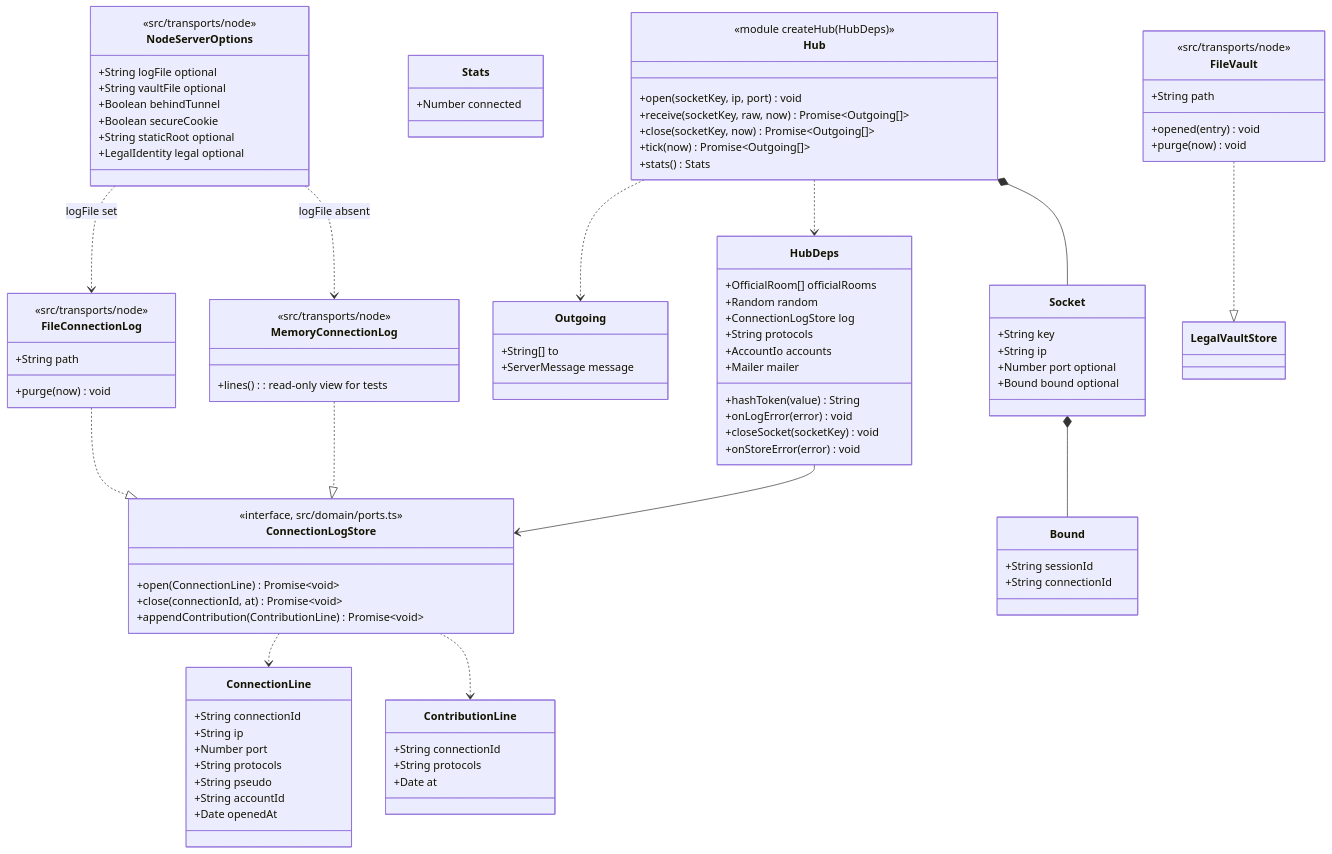
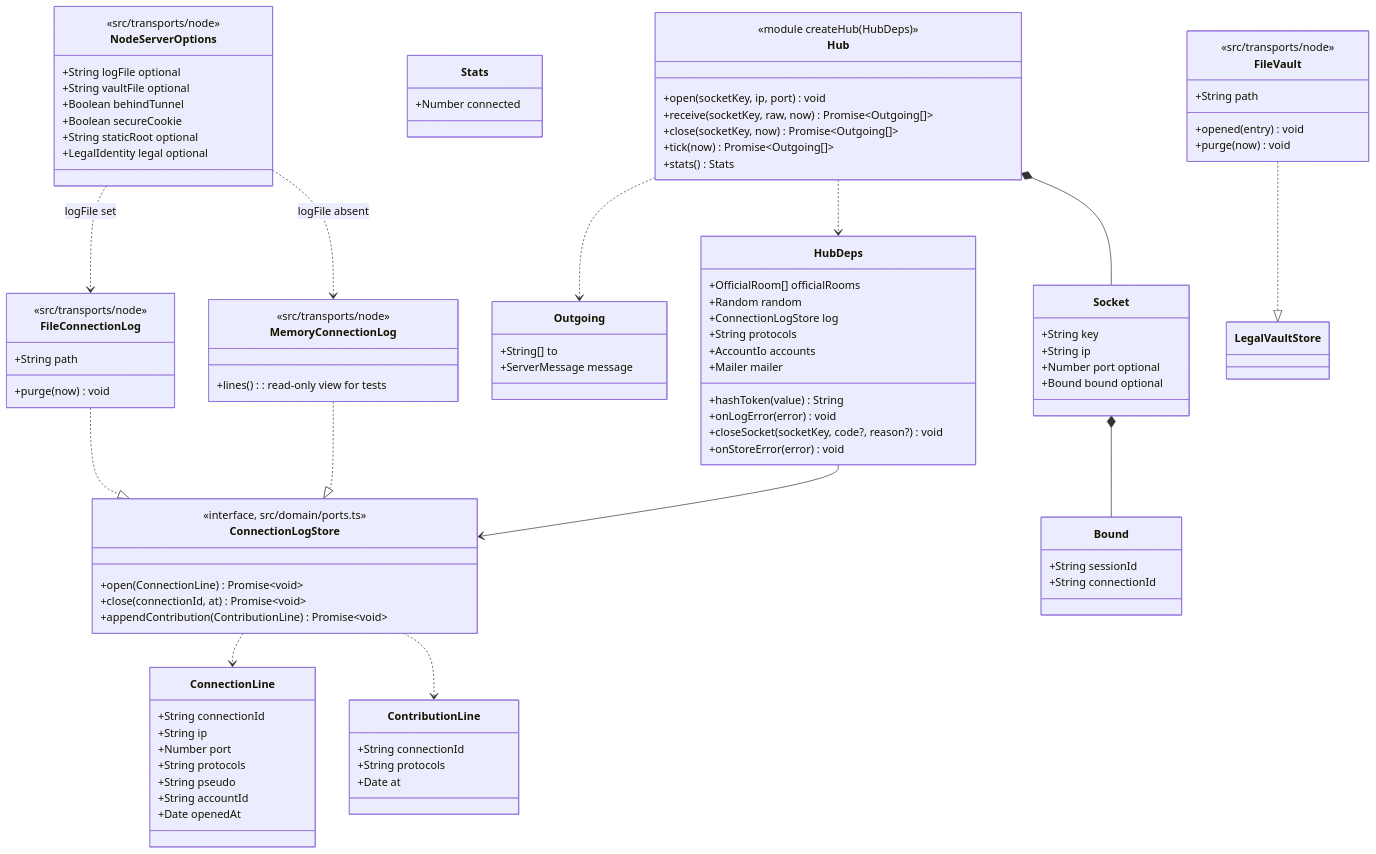
One commit to benoit-bremaud/asv changed the first of 2 diagrams in docs/architecture/diagrams/platform/04c-class-server-hub.md. Above: the diagram before and after it, drawn with Mermaid. The commit also changed other lines of this file and 4 other files, not shown here.

Commit message:
docs(transport): frame budget and invalid-frame close per socket (#89)

```diff
--- a/docs/architecture/diagrams/platform/04c-class-server-hub.md
+++ b/docs/architecture/diagrams/platform/04c-class-server-hub.md
@@ -32,7 +32,7 @@
     +ConnectionLogStore log
     +String protocols
     +onLogError(error) void
-    +closeSocket(socketKey) void
+    +closeSocket(socketKey, code?, reason?) void
     +AccountIo accounts
     +Mailer mailer
     +onStoreError(error) void
```
